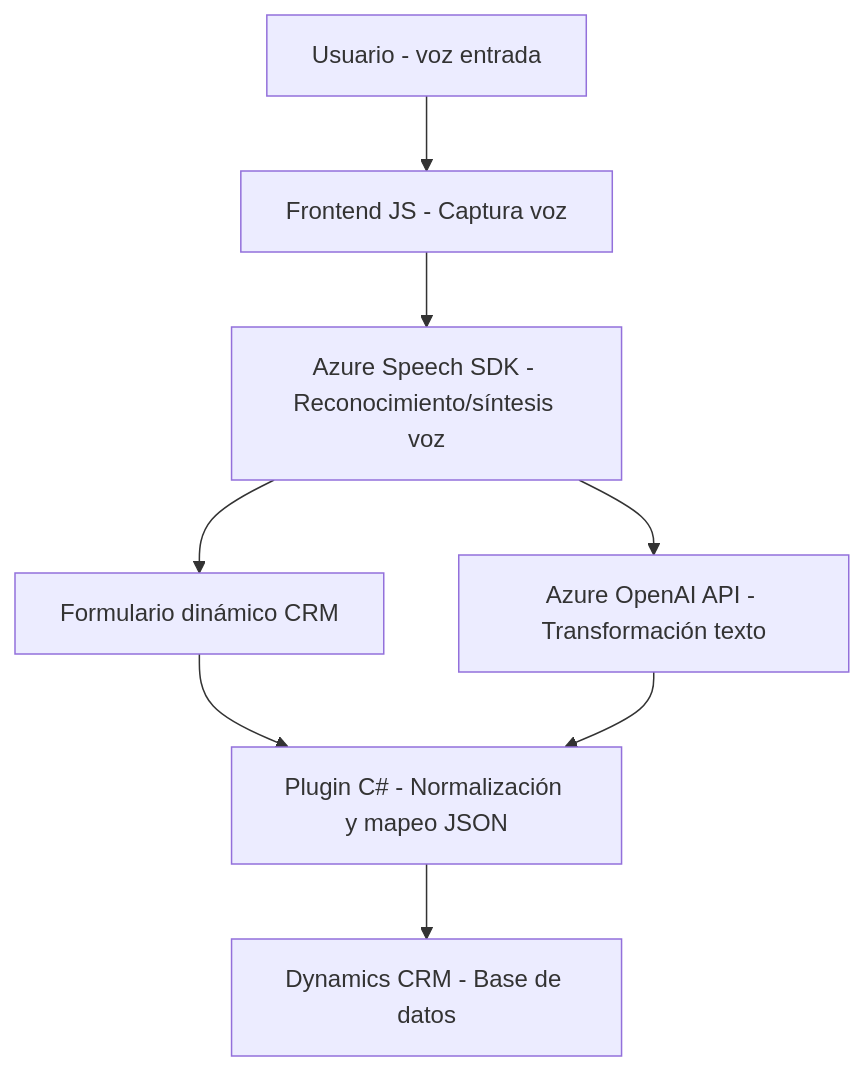
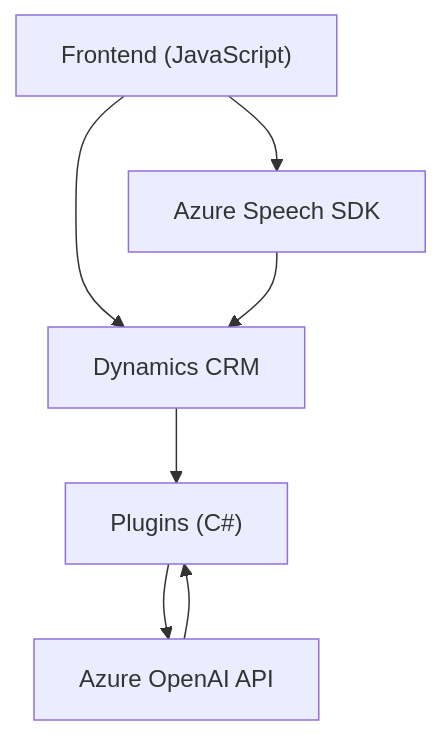
The diagram in README.md (blopezdm/NETCORE_BILBAO2025), drawn with Mermaid before and after one commit. The commit also changed other lines of this file, not shown here.

````diff
--- a/README.md
+++ b/README.md
@@ -61,18 +55,15 @@
 ```mermaid
 graph TD
-    A["Usuario - voz entrada"]
-    B["Frontend JS - Captura voz"]
-    C["Azure Speech SDK - Reconocimiento/síntesis voz"]
-    D["Formulario dinámico CRM"]
-    E["Azure OpenAI API - Transformación texto"]
-    F["Plugin C# - Normalización y mapeo JSON"]
-    G["Dynamics CRM - Base de datos"]
+    A["Frontend (JavaScript)"]
+    B["Azure Speech SDK"]
+    C["Dynamics CRM"]
+    D["Plugins (C#)"]
+    E["Azure OpenAI API"]
 
     A --> B
+    A --> C
     B --> C
     C --> D
-    C --> E
-    D --> F
-    F --> G
-    E --> F
+    D --> E
+    E --> D
 ```
````
